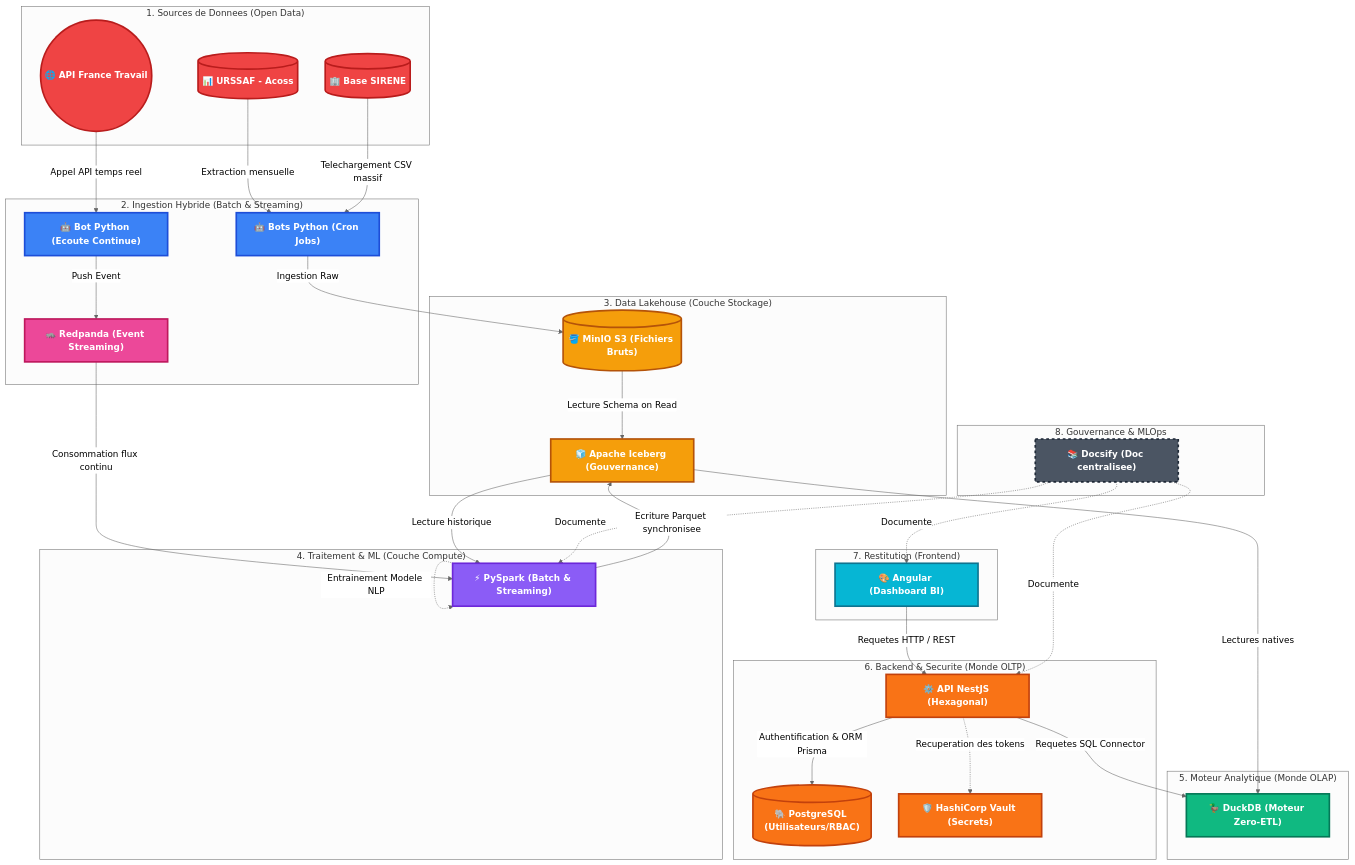
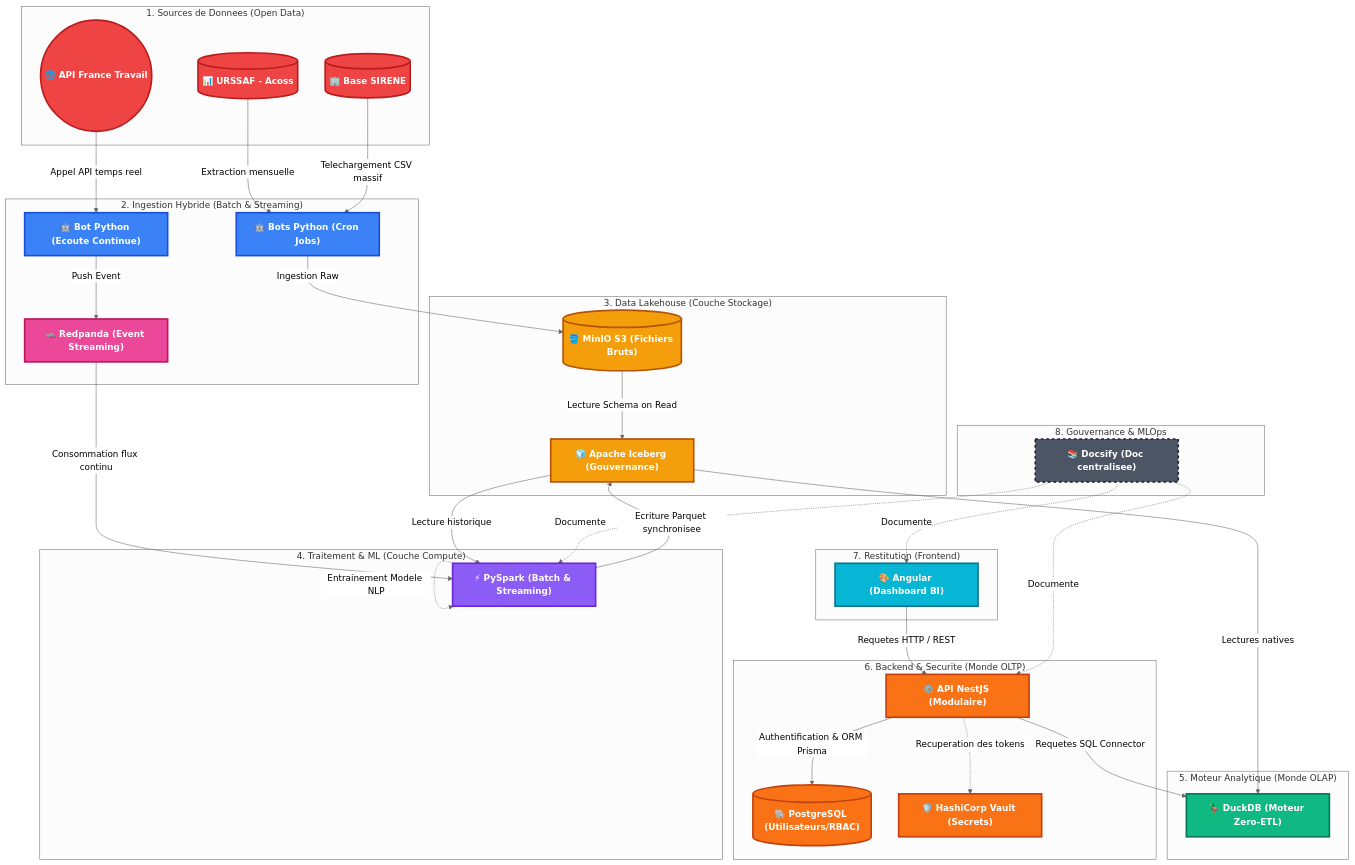
Before and after one commit to Anon31/data-skills-radar-docs: the diagram in docs/architecture/01.vue_ensemble.md, drawn with Mermaid (neutral theme). The commit also changed other lines of this file, not shown here.

````diff
--- a/docs/architecture/01.vue_ensemble.md
+++ b/docs/architecture/01.vue_ensemble.md
@@ -37,81 +77,81 @@
 ```mermaid
 graph TD
-%% NOUVELLES COULEURS VIBRANTES
+    %% NOUVELLES COULEURS VIBRANTES
     classDef source fill:#ef4444,stroke:#b91c1c,stroke-width:3px,color:#ffffff,font-weight:bold;
     classDef ingest fill:#3b82f6,stroke:#1d4ed8,stroke-width:3px,color:#ffffff,font-weight:bold;
     classDef stream fill:#ec4899,stroke:#be185d,stroke-width:3px,color:#ffffff,font-weight:bold;
     classDef storage fill:#f59e0b,stroke:#b45309,stroke-width:3px,color:#ffffff,font-weight:bold;
     classDef compute fill:#8b5cf6,stroke:#6d28d9,stroke-width:3px,color:#ffffff,font-weight:bold;
     classDef serving fill:#10b981,stroke:#047857,stroke-width:3px,color:#ffffff,font-weight:bold;
     classDef api fill:#f97316,stroke:#c2410c,stroke-width:3px,color:#ffffff,font-weight:bold;
     classDef front fill:#06b6d4,stroke:#0e7490,stroke-width:3px,color:#ffffff,font-weight:bold;
     classDef doc fill:#4b5563,stroke:#1f2937,stroke-width:3px,stroke-dasharray: 5 5,color:#ffffff,font-weight:bold;
 
     subgraph "1. Sources de Donnees (Open Data)"
         S1[("📊 URSSAF - Acoss")]:::source
         S3[("🏢 Base SIRENE")]:::source
         S2(("🌐 API France Travail")):::source
     end
 
     subgraph "2. Ingestion Hybride (Batch & Streaming)"
         Bot["🤖 Bots Python (Cron Jobs)"]:::ingest
         StreamBot["🤖 Bot Python (Ecoute Continue)"]:::ingest
         Redpanda["🦝 Redpanda (Event Streaming)"]:::stream
     end
 
     subgraph "3. Data Lakehouse (Couche Stockage)"
         MinIO[("🪣 MinIO S3 (Fichiers Bruts)")]:::storage
         Iceberg["🧊 Apache Iceberg (Gouvernance)"]:::storage
     end
 
     subgraph "4. Traitement & ML (Couche Compute)"
         Spark["⚡ PySpark (Batch & Streaming)"]:::compute
     end
 
     subgraph "5. Moteur Analytique (Monde OLAP)"
         Duck["🦆 DuckDB (Moteur Zero-ETL)"]:::serving
     end
 
     subgraph "6. Backend & Securite (Monde OLTP)"
-        API["⚙️ API NestJS (Hexagonal)"]:::api
+        API["⚙️ API NestJS (Modulaire)"]:::api
         PG[("🐘 PostgreSQL (Utilisateurs/RBAC)")]:::api
         Vault["🛡️ HashiCorp Vault (Secrets)"]:::api
     end
 
     subgraph "7. Restitution (Frontend)"
         UI["🎨 Angular (Dashboard BI)"]:::front
     end
 
     subgraph "8. Gouvernance & MLOps"
         Doc["📚 Docsify (Doc centralisee)"]:::doc
     end
 
-%% Flux Ingestion
+    %% Flux Ingestion
     S1 -->|Extraction mensuelle| Bot
     S3 -->|Telechargement CSV massif| Bot
     Bot -->|Ingestion Raw| MinIO
 
     S2 -->|Appel API temps reel| StreamBot
     StreamBot -->|Push Event| Redpanda
     Redpanda -->|Consommation flux continu| Spark
 
-%% Lakehouse
+    %% Lakehouse
     MinIO -->|Lecture Schema on Read| Iceberg
     Iceberg -->|Lecture historique| Spark
     Spark -->|Ecriture Parquet synchronisee| Iceberg
     Spark -.->|Entrainement Modele NLP| Spark
 
-%% API comme Chef d'Orchestre
+    %% API comme Chef d'Orchestre
     UI -->|Requetes HTTP / REST| API
     API -->|Authentification & ORM Prisma| PG
     API -.->|Recuperation des tokens| Vault
     API -->|Requetes SQL Connector| Duck
 
-%% Moteur Analytique
+    %% Moteur Analytique
     Iceberg -->|Lectures natives| Duck
 
-%% Documentation
+    %% Documentation
     Doc -.->|Documente| API
     Doc -.->|Documente| UI
     Doc -.->|Documente| Spark
 ```
````
